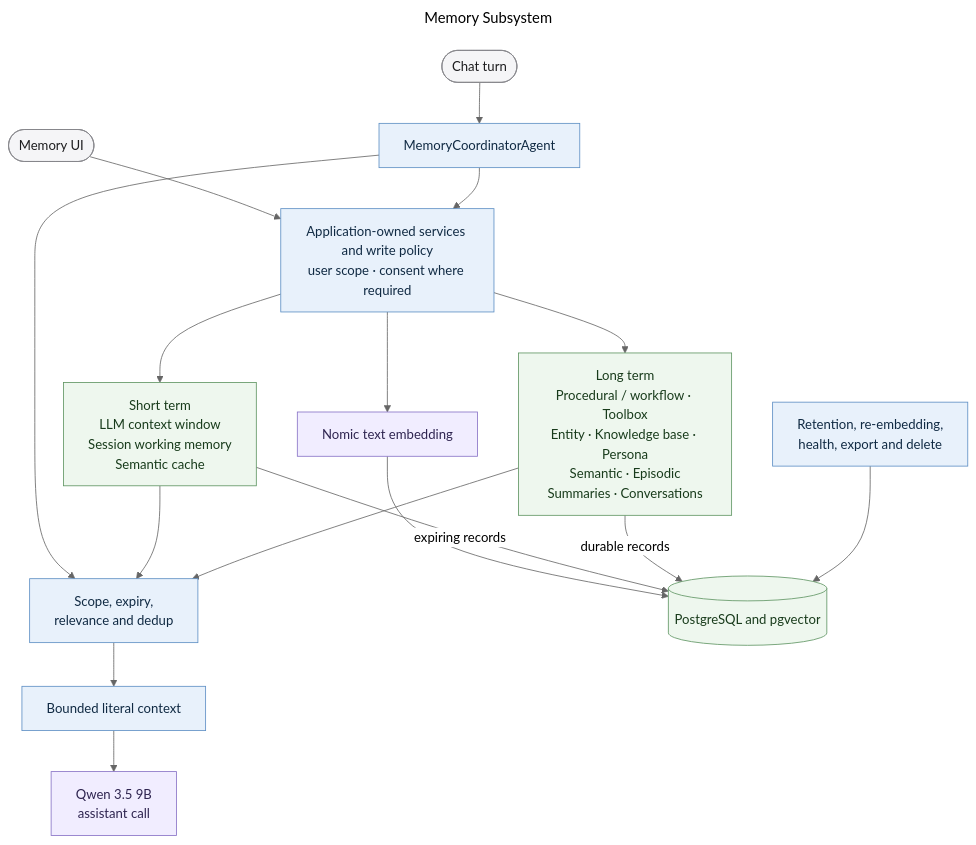
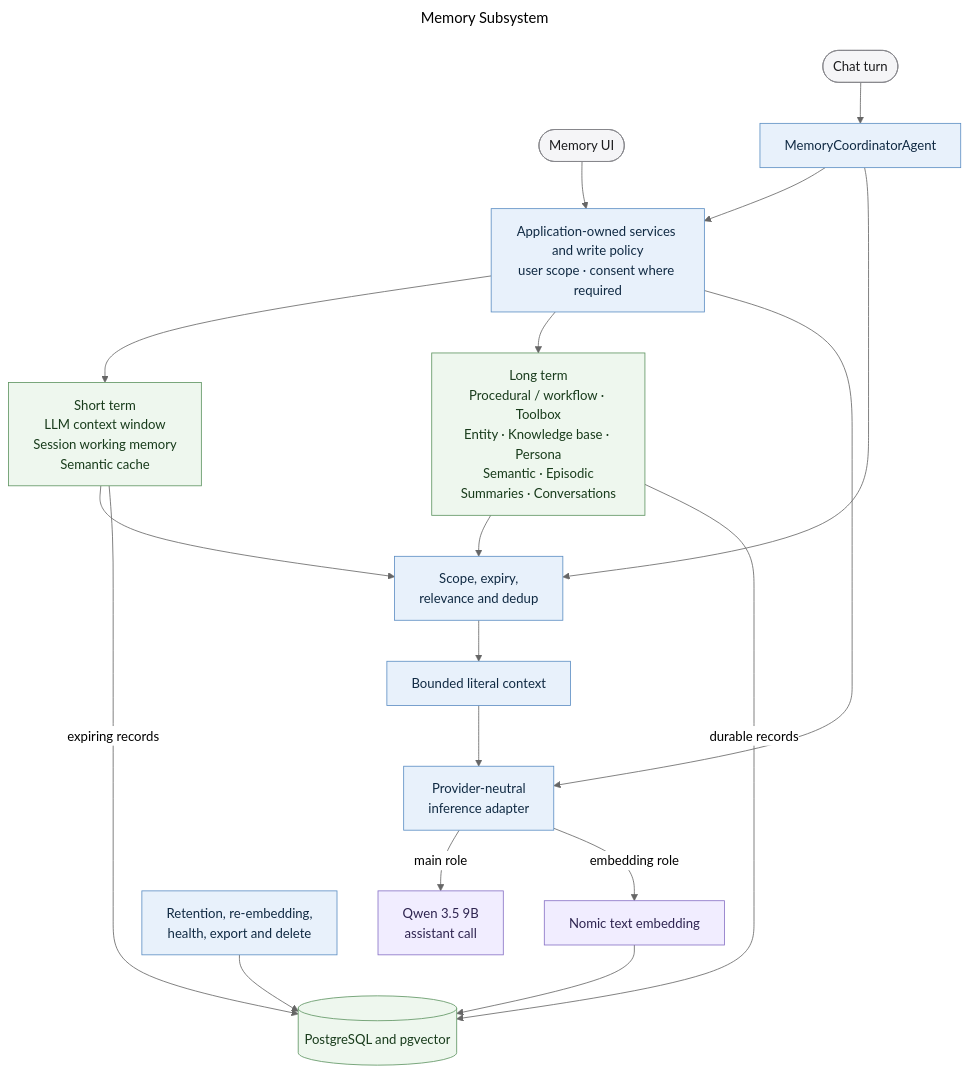
The diagram in docs/diagrams/memory-subsystem.mmd (MallyaAni/PersonalAssistant), drawn with Mermaid (neutral theme) before and after one commit. The commit also changed 63 other files, not shown here.

```diff
--- a/docs/diagrams/memory-subsystem.mmd
+++ b/docs/diagrams/memory-subsystem.mmd
@@ -1,43 +1,46 @@
 ---
 title: Memory Subsystem
 ---
 flowchart TB
     Chat([Chat turn])
     UI([Memory UI])
 
     Coordinator[MemoryCoordinatorAgent]
     Services[Application-owned services and write policy<br/>user scope · consent where required]
     Retrieval[Scope, expiry,<br/>relevance and dedup]
     Context[Bounded literal context]
 
     Short[Short term<br/>LLM context window<br/>Session working memory<br/>Semantic cache]
     Long[Long term<br/>Procedural / workflow · Toolbox<br/>Entity · Knowledge base · Persona<br/>Semantic · Episodic<br/>Summaries · Conversations]
 
+    Inference[Provider-neutral<br/>inference adapter]
     TextEmbed[Nomic text embedding]
     Database[(PostgreSQL and pgvector)]
     Maintenance[Retention, re-embedding,<br/>health, export and delete]
 
     Main[Qwen 3.5 9B<br/>assistant call]
 
     Chat --> Coordinator
     UI --> Services
     Coordinator --> Services
     Services --> Short
     Services --> Long
     Coordinator --> Retrieval
     Short --> Retrieval
     Long --> Retrieval
-    Retrieval --> Context --> Main
-    Services --> TextEmbed --> Database
+    Retrieval --> Context --> Inference
+    Inference -->|main role| Main
+    Services --> Inference
+    Inference -->|embedding role| TextEmbed --> Database
     Short -->|expiring records| Database
     Long -->|durable records| Database
     Maintenance --> Database
 
     classDef interface fill:#f5f5f7,stroke:#86868b,color:#1d1d1f;
     classDef application fill:#e8f1fb,stroke:#5e8fc4,color:#102a43;
     classDef data fill:#eef7ee,stroke:#5f9562,color:#183b1b;
     classDef model fill:#f1edff,stroke:#8872c6,color:#2e2450;
     class Chat,UI interface;
-    class Coordinator,Services,Retrieval,Context,Maintenance application;
+    class Coordinator,Services,Retrieval,Context,Inference,Maintenance application;
     class Short,Long,Database data;
     class TextEmbed,Main model;
```
